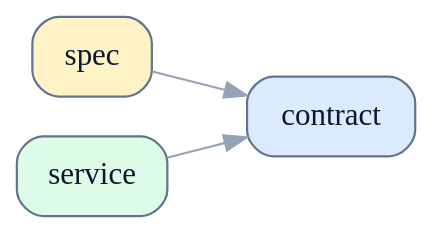
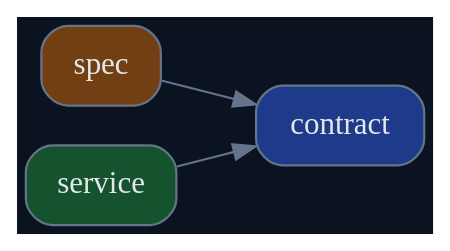
Before and after one commit to terencefan/inority-workspace: the diagram in skills/write-doc/tests/assets/reference-contract.md, drawn with Graphviz. The commit also changed 45 other files, not shown here.

````diff
--- a/skills/write-doc/tests/assets/reference-contract.md
+++ b/skills/write-doc/tests/assets/reference-contract.md
@@ -38,15 +38,15 @@
 ```dot
 digraph ContractUsage {
   rankdir=LR;
-  graph [bgcolor="transparent"];
-  node [shape=box, style="rounded,filled", color="#64748b", fontcolor="#0f172a", fillcolor="#f8fafc"];
-  edge [color="#94a3b8", fontcolor="#94a3b8"];
+  graph [bgcolor="#0b1220"];
+  node [shape=box, style="rounded,filled", color="#64748b", fontcolor="#e5e7eb", fillcolor="#0f172a"];
+  edge [color="#64748b", fontcolor="#64748b"];
 
-  contract [label="contract", fillcolor="#dbeafe"];
-  spec [label="spec", fillcolor="#fef3c7"];
-  service [label="service", fillcolor="#dcfce7"];
+  contract [label="contract", fillcolor="#1e3a8a"];
+  spec [label="spec", fillcolor="#713f12"];
+  service [label="service", fillcolor="#14532d"];
 
   spec -> contract;
   service -> contract;
 }
 ```
````
